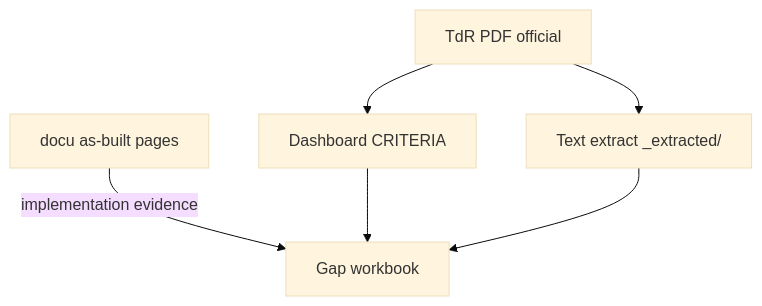
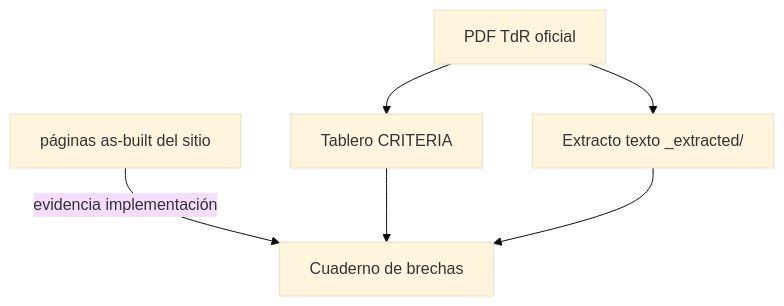
One commit to 13g4d0/docu-es changed the diagram in docs/tor-gap/criteria-from-dashboard.md. Above: the diagram before and after it, drawn with Mermaid (base theme). The commit also changed other lines of this file and 38 other files, not shown here.

First line of the commit message:
docs(es): sitio en español para Pages (docu-es)

````diff
--- a/docs/tor-gap/criteria-from-dashboard.md
+++ b/docs/tor-gap/criteria-from-dashboard.md
@@ -306,13 +306,13 @@
 ```mermaid
 flowchart TB
-  TdR[TdR PDF official]
-  EXT[Text extract _extracted/]
-  DASH[Dashboard CRITERIA]
-  ASBUILT[docu as-built pages]
+  TdR[PDF TdR oficial]
+  EXT[Extracto texto _extracted/]
+  DASH[Tablero CRITERIA]
+  ASBUILT[páginas as-built del sitio]
 
   TdR --> EXT
   TdR --> DASH
-  ASBUILT -->|implementation evidence| GAP[Gap workbook]
+  ASBUILT -->|evidencia implementación| GAP[Cuaderno de brechas]
   DASH --> GAP
   EXT --> GAP
 ```
````
